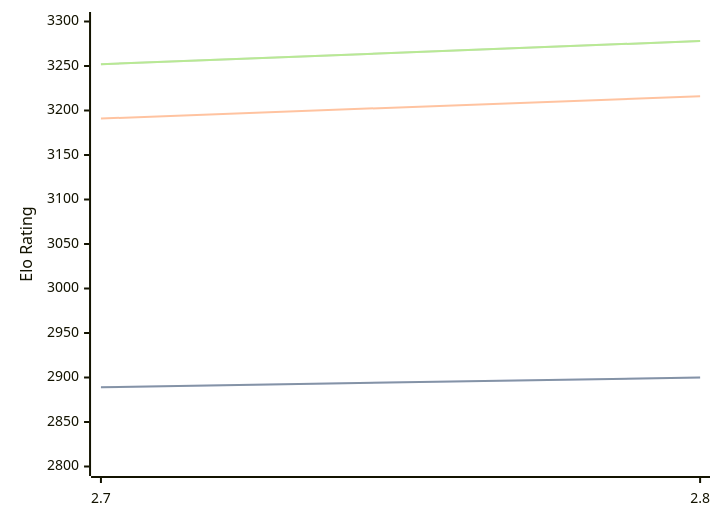
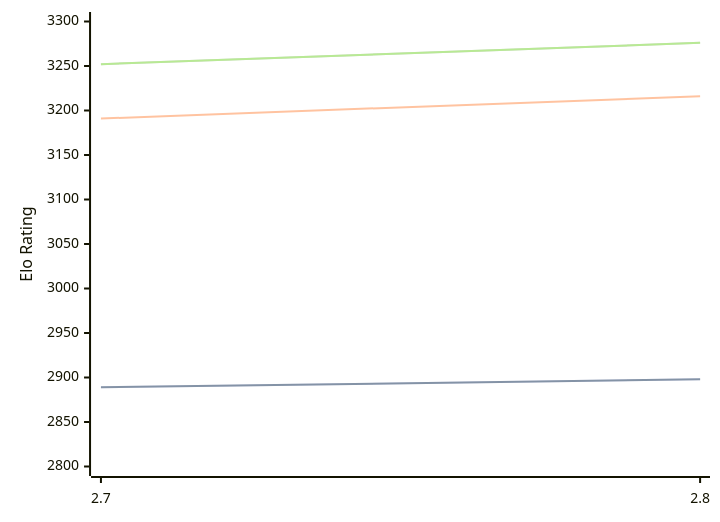
The diagram in engines/Arcanum.md (computer-chess-index/cci), drawn with Mermaid before and after one commit. The commit also changed other lines of this file, not shown here.

Commit message:
Update CCI Ratings (ELO VLTC) - 2026-08-10

````diff
--- a/engines/Arcanum.md
+++ b/engines/Arcanum.md
@@ -32,11 +32,11 @@
 ```mermaid
 %%{init: {"theme":"base","themeVariables":{"seriesColors:['#a3a3a3','#222221','#faa371']}}}%%
 xychart-beta
   x-axis ["2.7", "2.8"]
   y-axis "Elo Rating" 2800 --> 3300
-  line "STC (8.0+0.08s)" [2889, 2900]
-  line "STC (8.0+0.08s)" [2889, 2900]
+  line "STC (8.0+0.08s)" [2889, 2898]
+  line "STC (8.0+0.08s)" [2889, 2898]
   line "LTC (60.0+0.60s)" [3191, 3216]
-  line "VLTC (2m24s+1.12s)" [3252, 3278]
-  line "VLTC (2m24s+1.12s)" [3252, 3278]
+  line "VLTC (2m24s+1.12s)" [3252, 3276]
+  line "VLTC (2m24s+1.12s)" [3252, 3276]
 ```
````
